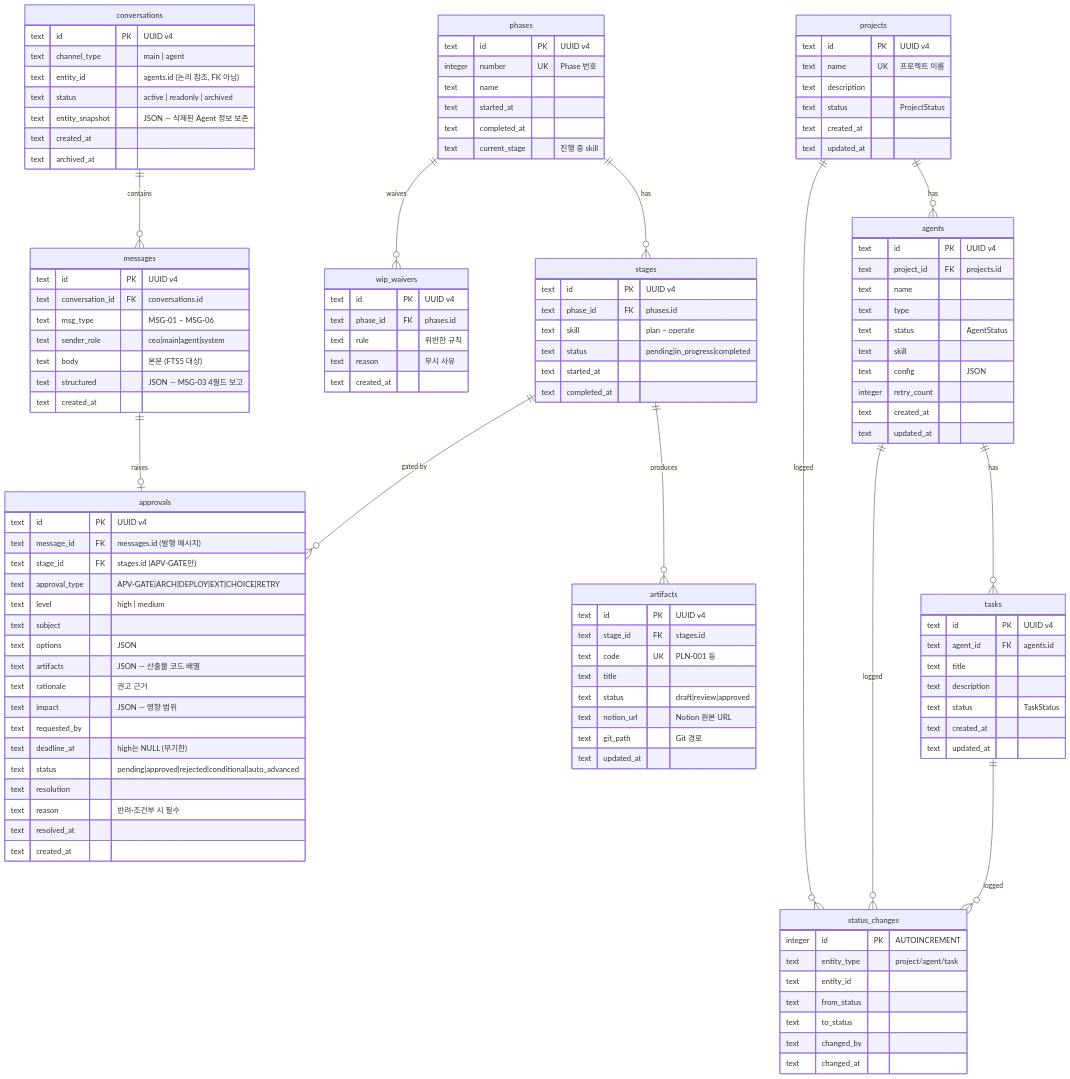
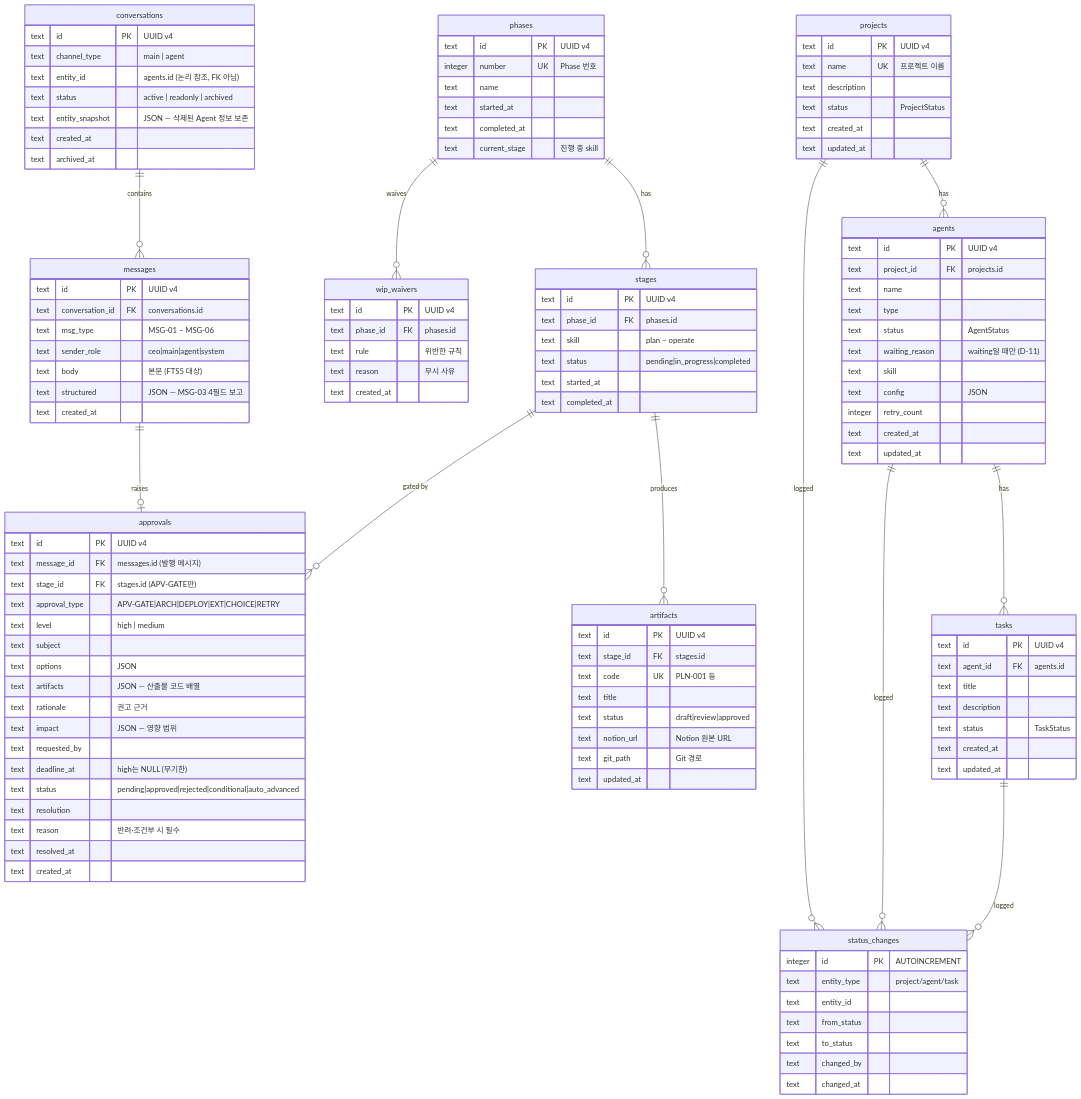
Before and after one commit to AI-Agent-Jeon/ClaudeManager-v2: the diagram in docs/design/data/des-003-data-model.md, drawn with Mermaid. The commit also changed other lines of this file and 3 other files, not shown here.

```diff
--- a/docs/design/data/des-003-data-model.md
+++ b/docs/design/data/des-003-data-model.md
@@ -54,6 +54,7 @@
         text name
         text type
         text status "AgentStatus"
+        text waiting_reason "waiting일 때만 (D-11)"
         text skill
         text config "JSON"
         integer retry_count
```
